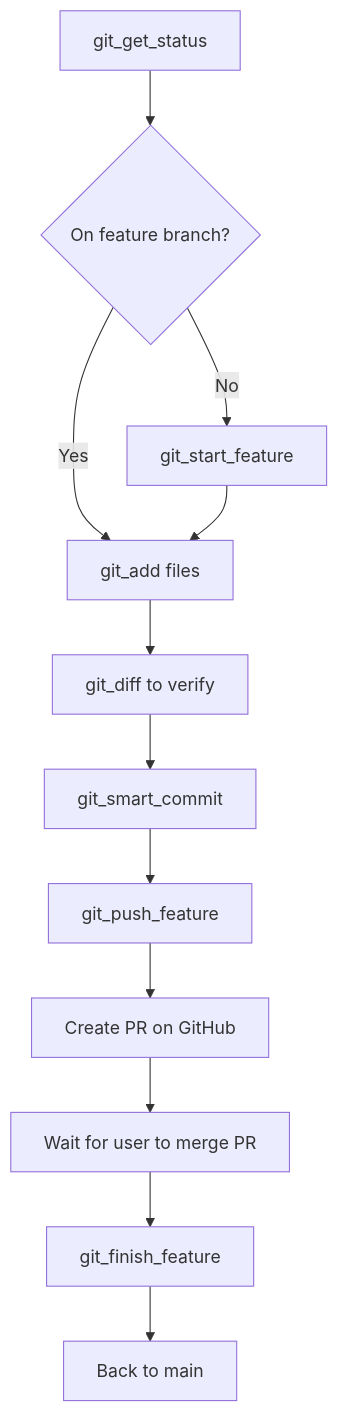
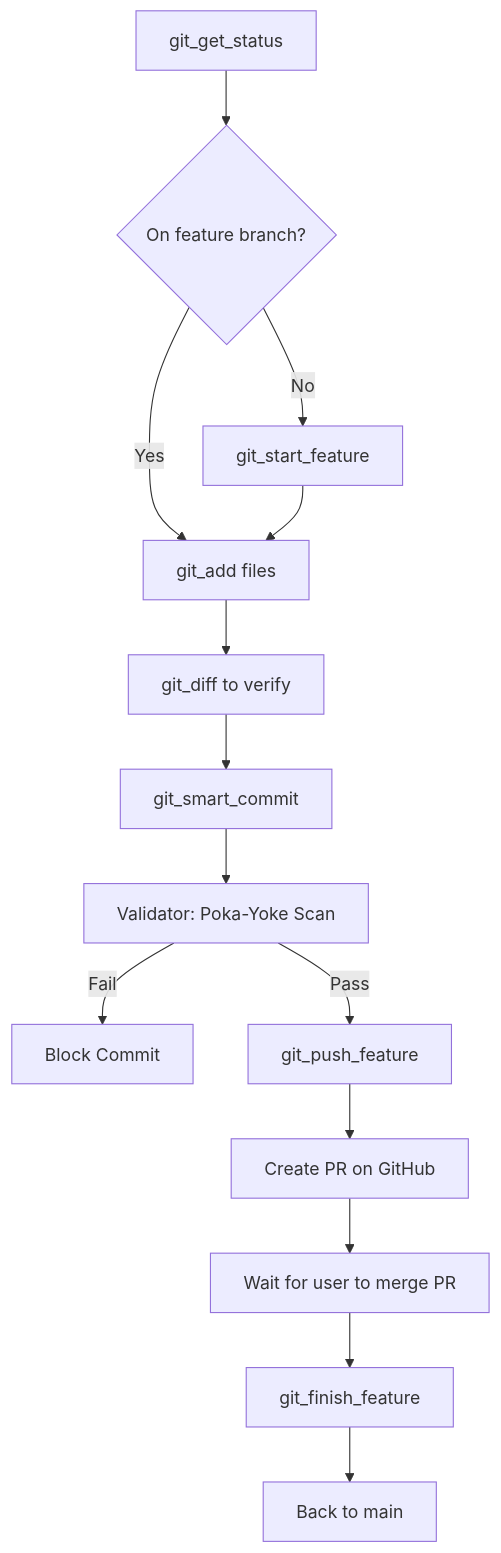
The diagram in mcp_servers/git/README.md (richfrem/Project_Sanctuary), drawn with Mermaid before and after one commit. The commit also changed other lines of this file and 355 other files, not shown here.

````diff
--- a/mcp_servers/git/README.md
+++ b/mcp_servers/git/README.md
@@ -83,14 +89,16 @@
 ```mermaid
 graph TD
     A[git_get_status] --> B{On feature branch?}
     B -->|No| C[git_start_feature]
     B -->|Yes| D[git_add files]
     C --> D
     D --> E[git_diff to verify]
     E --> F[git_smart_commit]
-    F --> G[git_push_feature]
-    G --> H[Create PR on GitHub]
-    H --> I[Wait for user to merge PR]
-    I --> J[git_finish_feature]
-    J --> K[Back to main]
+    F --> G[Validator: Poka-Yoke Scan]
+    G -->|Fail| H[Block Commit]
+    G -->|Pass| I[git_push_feature]
+    I --> J[Create PR on GitHub]
+    J --> K[Wait for user to merge PR]
+    K --> L[git_finish_feature]
+    L --> M[Back to main]
 ```
````
